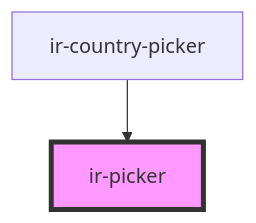
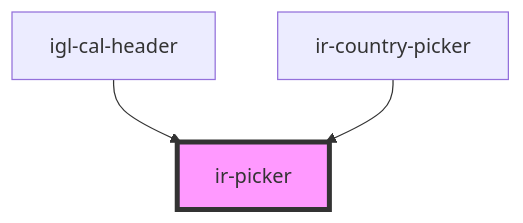
The diagram in src/components/ui/ir-picker/readme.md (David1Chowaifaty/modified-ir-webcmp), drawn with Mermaid before and after one commit. The commit also changed other lines of this file and 26 other files, not shown here.

````diff
--- a/src/components/ui/ir-picker/readme.md
+++ b/src/components/ui/ir-picker/readme.md
@@ -60,5 +61,6 @@
 ```mermaid
 graph TD;
+  igl-cal-header --> ir-picker
   ir-country-picker --> ir-picker
   style ir-picker fill:#f9f,stroke:#333,stroke-width:4px
 ```
````
